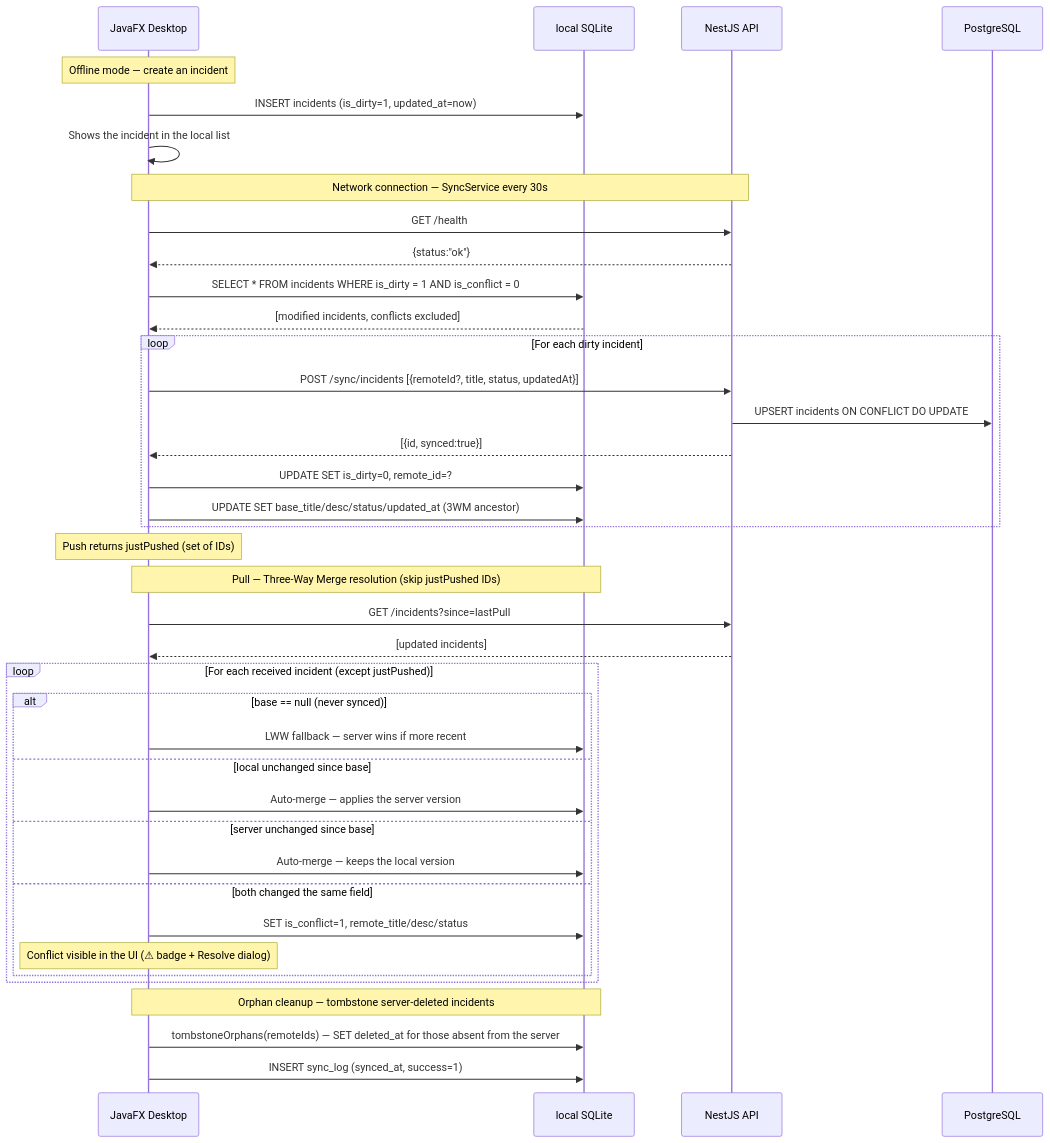
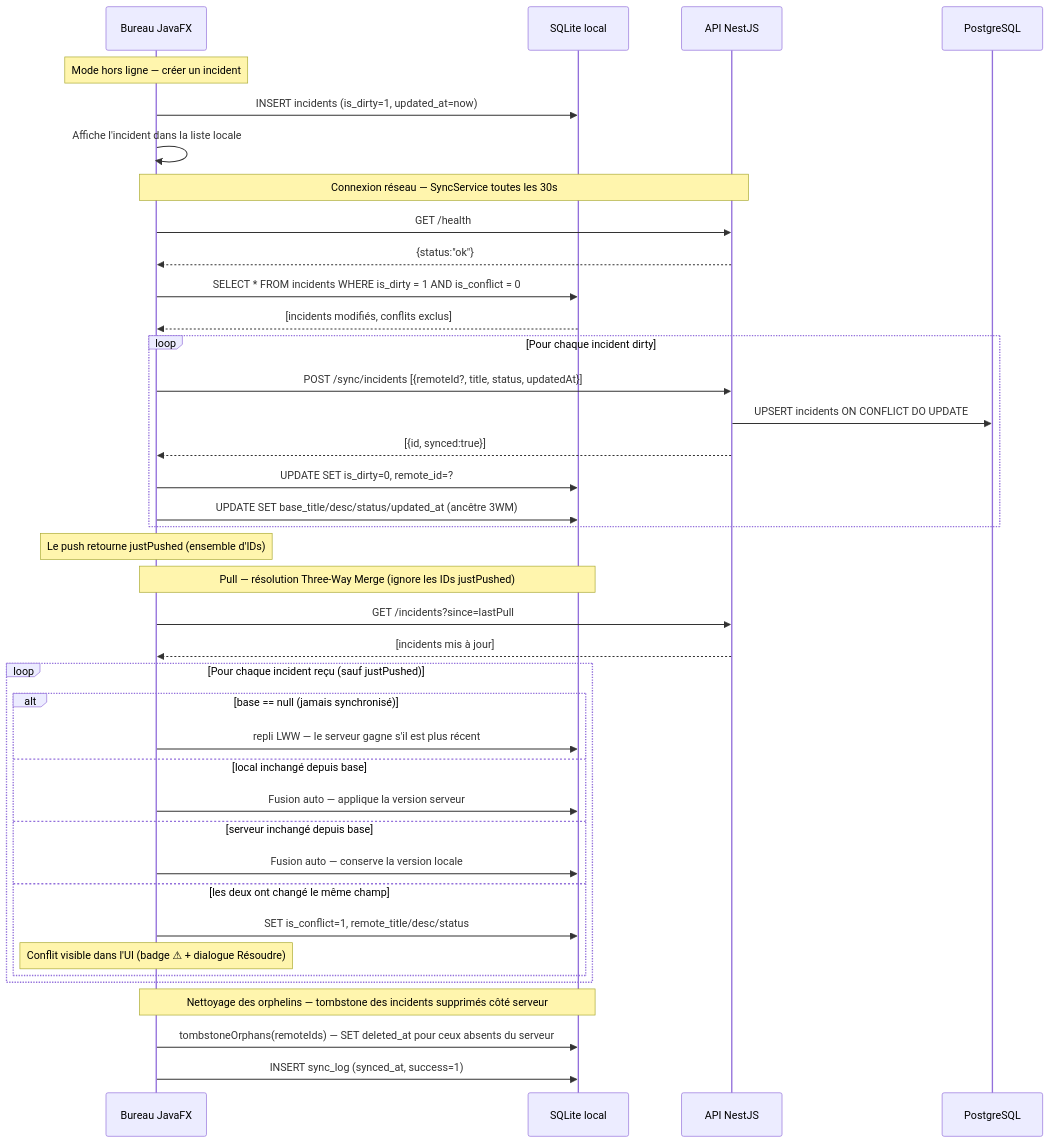
One commit to creibaud/QuartierConnect changed the eighth of 21 diagrams in docs/ARCHITECTURE.md. Above: the diagram before and after it, drawn with Mermaid. The commit also changed other lines of this file and 27 other files, not shown here.

````diff
--- a/docs/ARCHITECTURE.md
+++ b/docs/ARCHITECTURE.md
@@ -323,47 +364,47 @@
 ```mermaid
 sequenceDiagram
-    participant Java as JavaFX Desktop
-    participant SQLite as local SQLite
-    participant API as NestJS API
+    participant Java as Bureau JavaFX
+    participant SQLite as SQLite local
+    participant API as API NestJS
     participant PG as PostgreSQL
 
-    Note over Java: Offline mode — create an incident
+    Note over Java: Mode hors ligne — créer un incident
     Java->>SQLite: INSERT incidents (is_dirty=1, updated_at=now)
-    Java->>Java: Shows the incident in the local list
+    Java->>Java: Affiche l'incident dans la liste locale
 
-    Note over Java,API: Network connection — SyncService every 30s
+    Note over Java,API: Connexion réseau — SyncService toutes les 30s
     Java->>API: GET /health
     API-->>Java: {status:"ok"}
 
     Java->>SQLite: SELECT * FROM incidents WHERE is_dirty = 1 AND is_conflict = 0
-    SQLite-->>Java: [modified incidents, conflicts excluded]
+    SQLite-->>Java: [incidents modifiés, conflits exclus]
 
-    loop For each dirty incident
+    loop Pour chaque incident dirty
         Java->>API: POST /sync/incidents [{remoteId?, title, status, updatedAt}]
         API->>PG: UPSERT incidents ON CONFLICT DO UPDATE
         API-->>Java: [{id, synced:true}]
         Java->>SQLite: UPDATE SET is_dirty=0, remote_id=?
-        Java->>SQLite: UPDATE SET base_title/desc/status/updated_at (3WM ancestor)
+        Java->>SQLite: UPDATE SET base_title/desc/status/updated_at (ancêtre 3WM)
     end
 
-    Note over Java: Push returns justPushed (set of IDs)
-    Note over Java,SQLite: Pull — Three-Way Merge resolution (skip justPushed IDs)
+    Note over Java: Le push retourne justPushed (ensemble d'IDs)
+    Note over Java,SQLite: Pull — résolution Three-Way Merge (ignore les IDs justPushed)
     Java->>API: GET /incidents?since=lastPull
-    API-->>Java: [updated incidents]
-    loop For each received incident (except justPushed)
-        alt base == null (never synced)
-            Java->>SQLite: LWW fallback — server wins if more recent
-        else local unchanged since base
-            Java->>SQLite: Auto-merge — applies the server version
-        else server unchanged since base
-            Java->>SQLite: Auto-merge — keeps the local version
-        else both changed the same field
+    API-->>Java: [incidents mis à jour]
+    loop Pour chaque incident reçu (sauf justPushed)
+        alt base == null (jamais synchronisé)
+            Java->>SQLite: repli LWW — le serveur gagne s'il est plus récent
+        else local inchangé depuis base
+            Java->>SQLite: Fusion auto — applique la version serveur
+        else serveur inchangé depuis base
+            Java->>SQLite: Fusion auto — conserve la version locale
+        else les deux ont changé le même champ
             Java->>SQLite: SET is_conflict=1, remote_title/desc/status
-            Note over Java: Conflict visible in the UI (⚠ badge + Resolve dialog)
+            Note over Java: Conflit visible dans l'UI (badge ⚠ + dialogue Résoudre)
         end
     end
 
-    Note over Java,SQLite: Orphan cleanup — tombstone server-deleted incidents
-    Java->>SQLite: tombstoneOrphans(remoteIds) — SET deleted_at for those absent from the server
+    Note over Java,SQLite: Nettoyage des orphelins — tombstone des incidents supprimés côté serveur
+    Java->>SQLite: tombstoneOrphans(remoteIds) — SET deleted_at pour ceux absents du serveur
     Java->>SQLite: INSERT sync_log (synced_at, success=1)
 ```
````
